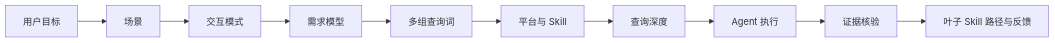
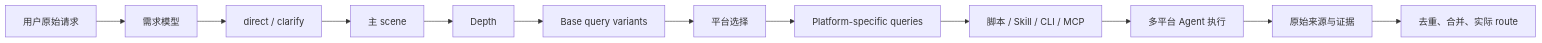
Before and after one commit to sxyq/research-router: the first of 4 diagrams in README.md, drawn with Mermaid. The commit also changed other lines of this file and 34 other files, not shown here.

````diff
--- a/README.md
+++ b/README.md
@@ -34,12 +34,14 @@
 ```mermaid
 flowchart LR
-    A[用户目标] --> B[场景]
-    B --> C[交互模式]
-    C --> D[需求模型]
-    D --> E[多组查询词]
-    E --> F[平台与 Skill]
-    F --> G[查询深度]
-    G --> H[Agent 执行]
-    H --> I[证据核验]
-    I --> J[叶子 Skill 路径与反馈]
+    A[用户原始请求] --> B[需求模型]
+    B --> C[direct / clarify]
+    C --> D[主 scene]
+    D --> E[Depth]
+    E --> F[Base query variants]
+    F --> G[平台选择]
+    G --> H[Platform-specific queries]
+    H --> I[脚本 / Skill / CLI / MCP]
+    I --> J[多平台 Agent 执行]
+    J --> K[原始来源与证据]
+    K --> L[去重、合并、实际 route]
 ```
````
